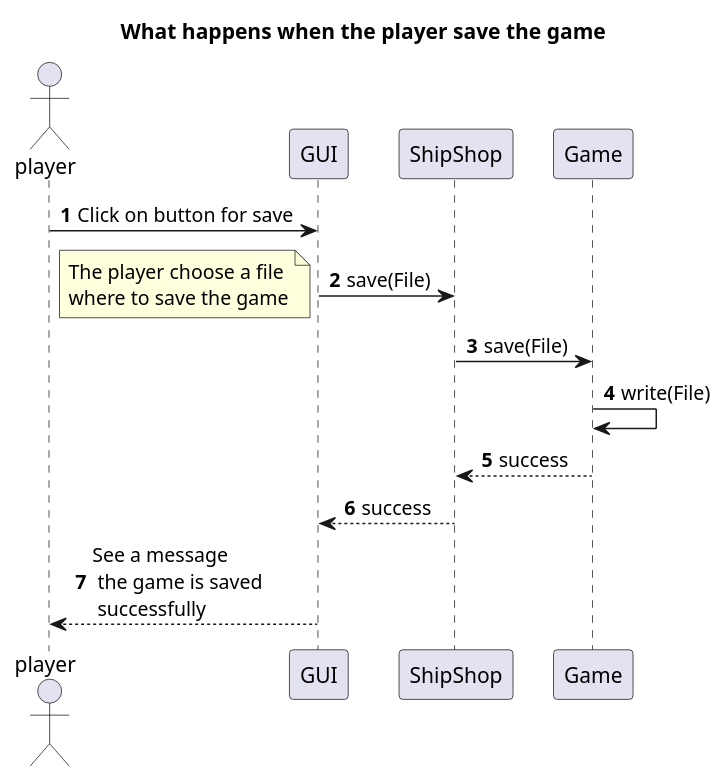
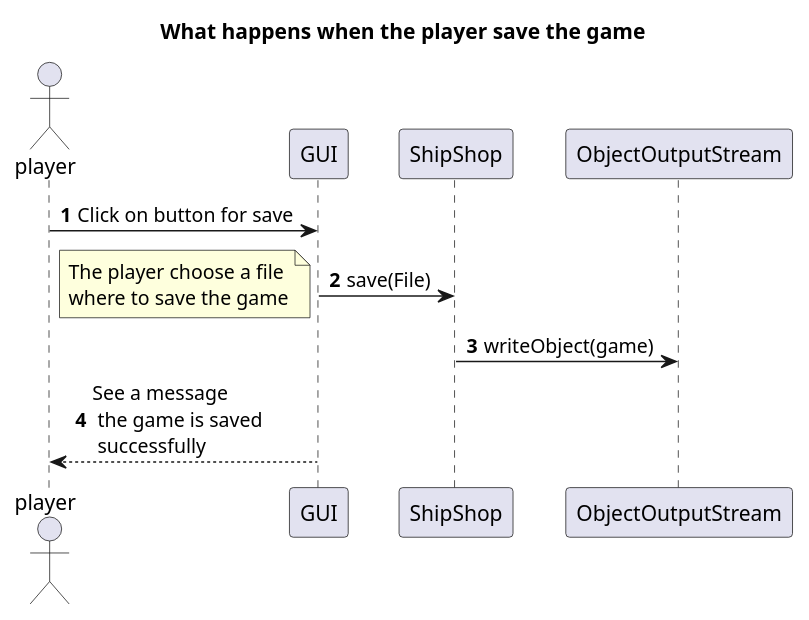
Before and after one commit to Reynault/ShipShop: the diagram in doc/conception/pmul/sequence/save.puml, drawn with PlantUML.

```diff
--- a/doc/conception/pmul/sequence/save.puml
+++ b/doc/conception/pmul/sequence/save.puml
@@ -1,26 +1,23 @@
 @startuml
 
 title What happens when the player save the game
 
 autonumber
 actor player
 
 player -> GUI: Click on button for save
 
 GUI -> ShipShop: save(File)
 
 note left
 The player choose a file
 where to save the game
 end note
 
-ShipShop -> Game: save(File)
 
-Game -> Game: write(File)
+ShipShop -> ObjectOutputStream: writeObject(game)
 
-Game --> ShipShop : success
-ShipShop --> GUI : success
 
 GUI --> player: See a message \n the game is saved \n successfully
 
 @enduml
```
